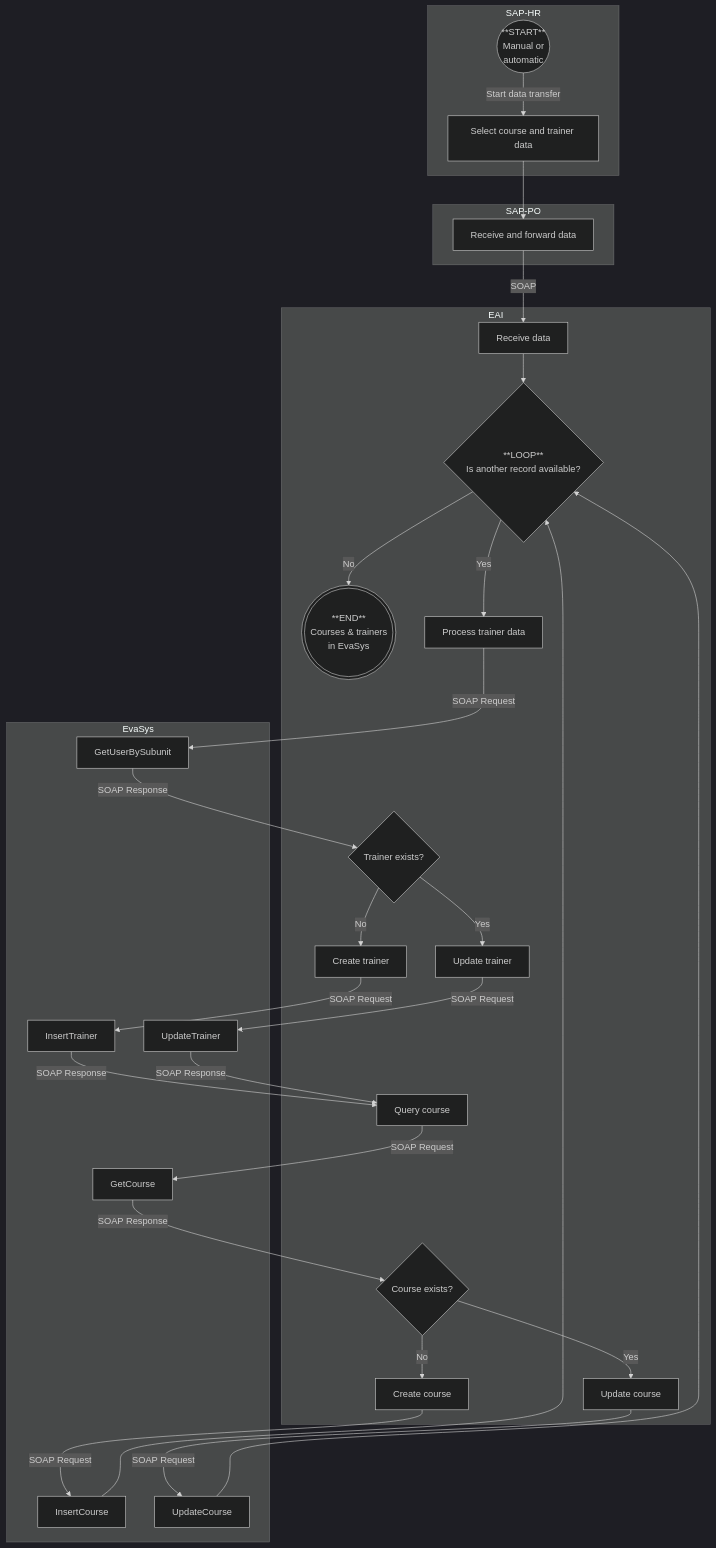
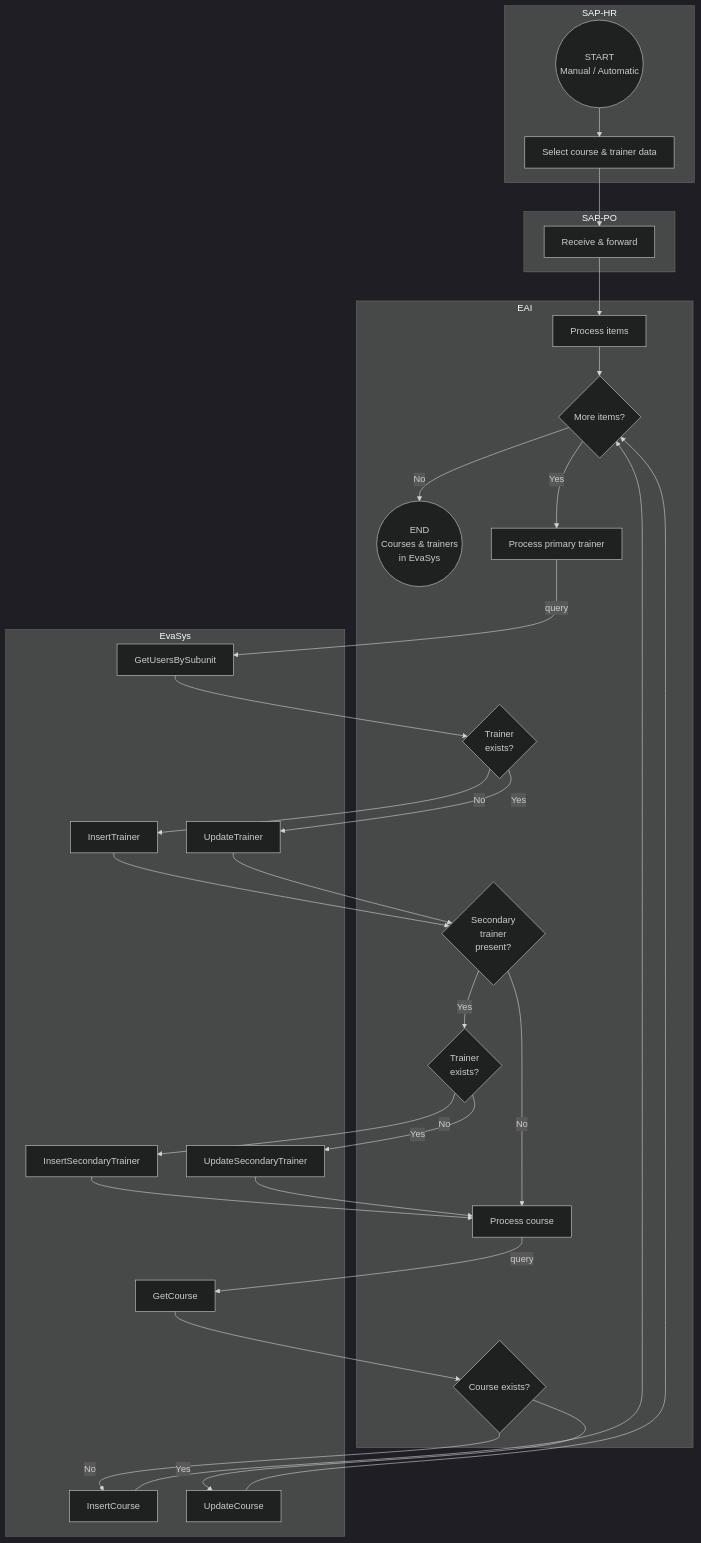
One commit to it-at-m/evasys-eai changed the diagram in .github/README.md. Above: the diagram before and after it, drawn with Mermaid (dark theme). The commit also changed 5 other files, not shown here.

Commit message:
Implement secondary trainer handling

````diff
--- a/.github/README.md
+++ b/.github/README.md
@@ -41,52 +41,58 @@
 ```mermaid
 flowchart TD
-    subgraph SAP-HR
-        A(("**START**<br>Manual or<br>automatic"))
-        B[Select course and trainer data]
-    end
-    subgraph SAP-PO
-        C[Receive and forward data]
-    end
-    subgraph EAI
-        D[Receive data]
-        E{"**LOOP**<br>Is another record available?"}
-        F((("**END**<br>Courses & trainers<br>in EvaSys")))
-        G[Process trainer data]
-        I{Trainer exists?}
-        J[Create trainer]
-        K[Update trainer]
-        N[Query course]
-        P{Course exists?}
-        Q[Create course]
-        R[Update course]
-    end
-    subgraph EvaSys
-        H[GetUserBySubunit]
-        L[InsertTrainer]
-        M[UpdateTrainer]
-        O[GetCourse]
-        S[InsertCourse]
-        T[UpdateCourse]
-    end
+  subgraph SAP-HR
+    A(("START</br>Manual / Automatic"))
+    B[Select course & trainer data]
+  end
 
-    A -->|Start data transfer| B
-    B --> C
-    C -->|SOAP| D
-    D --> E
-    E -->|No| F
-    E -->|Yes| G
-    G -->|SOAP Request| H
-    H -->|SOAP Response| I
-    I -->|Yes| K
-    I -->|No| J
-    J -->|SOAP Request| L
-    K -->|SOAP Request| M
-    L & M -->|SOAP Response| N
-    N -->|SOAP Request| O
-    O -->|SOAP Response| P
-    P -->|No| Q
-    P -->|Yes| R
-    Q --->|SOAP Request| S
-    R --->|SOAP Request| T
-    S & T --> E
+  subgraph SAP-PO
+    C[Receive & forward]
+  end
+
+  subgraph EAI
+    D[Process items]
+    E{"More items?"}
+    END((END</br>Courses & trainers</br>in EvaSys))
+
+    P[Process primary trainer]
+    S{Secondary</br>trainer</br>present?}
+    CP{Trainer</br>exists?}
+    CS{Trainer</br>exists?}
+    QC[Process course]
+    CC{Course exists?}
+  end
+
+  subgraph EvaSys
+    U[GetUsersBySubunit]
+    I1[InsertTrainer]
+    U1[UpdateTrainer]
+    I2[InsertSecondaryTrainer]
+    U2[UpdateSecondaryTrainer]
+    GC[GetCourse]
+    IC[InsertCourse]
+    UC[UpdateCourse]
+  end
+
+  A --> B --> C --> D --> E
+  E -->|No| END
+  E -->|Yes| P
+
+  %% primary trainer
+  P -->|query| U
+  U --> CP
+  CP -->|No| I1 --> S
+  CP -->|Yes| U1 --> S
+
+  %% secondary trainer (optional)
+  S -->|Yes| CS
+  S -->|No| QC
+  CS -->|No| I2 --> QC
+  CS -->|Yes| U2 --> QC
+
+  %% course
+  QC -->|query| GC
+  GC --> CC
+  CC -->|No| IC --> E
+  CC -->|Yes| UC --> E
+
 ```
````
